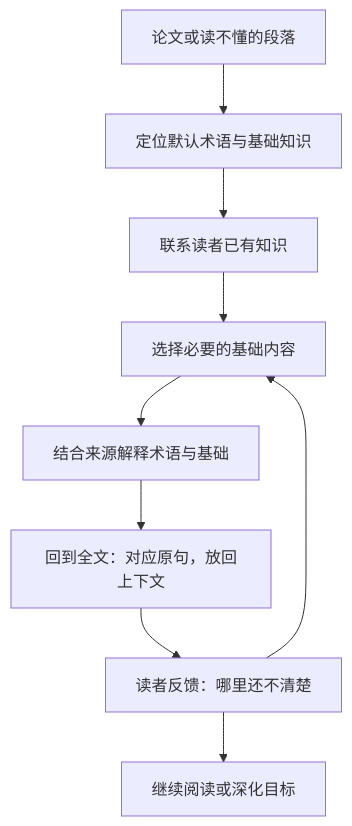
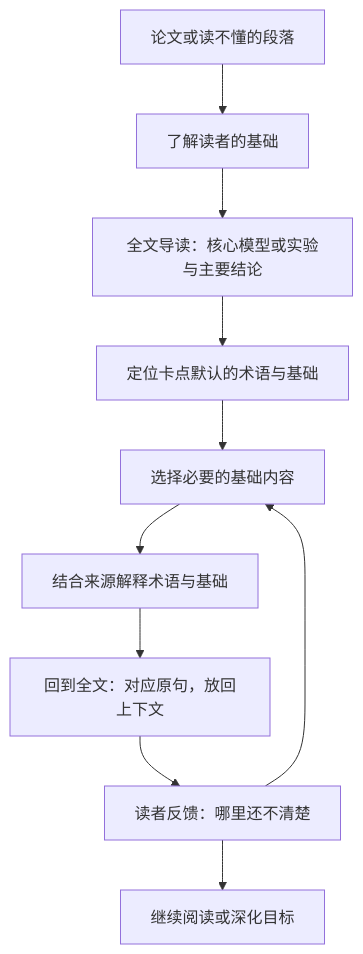
Before and after one commit to relativity143/an-agent-for-paper-reading: the diagram in README.zh-CN.md, drawn with Mermaid. The commit also changed other lines of this file and 3 other files, not shown here.

````diff
--- a/README.zh-CN.md
+++ b/README.zh-CN.md
@@ -65,11 +67,12 @@
 ```mermaid
 flowchart TD
-    A[论文或读不懂的段落] --> B[定位默认术语与基础知识]
-    B --> C[联系读者已有知识]
-    C --> D[选择必要的基础内容]
+    A[论文或读不懂的段落] --> C[了解读者的基础]
+    C --> O[全文导读：核心模型或实验与主要结论]
+    O --> B[定位卡点默认的术语与基础]
+    B --> D[选择必要的基础内容]
     D --> E[结合来源解释术语与基础]
     E --> F[回到全文：对应原句，放回上下文]
     F --> G[读者反馈：哪里还不清楚]
     G --> D
     G --> H[继续阅读或深化目标]
 ```
````
